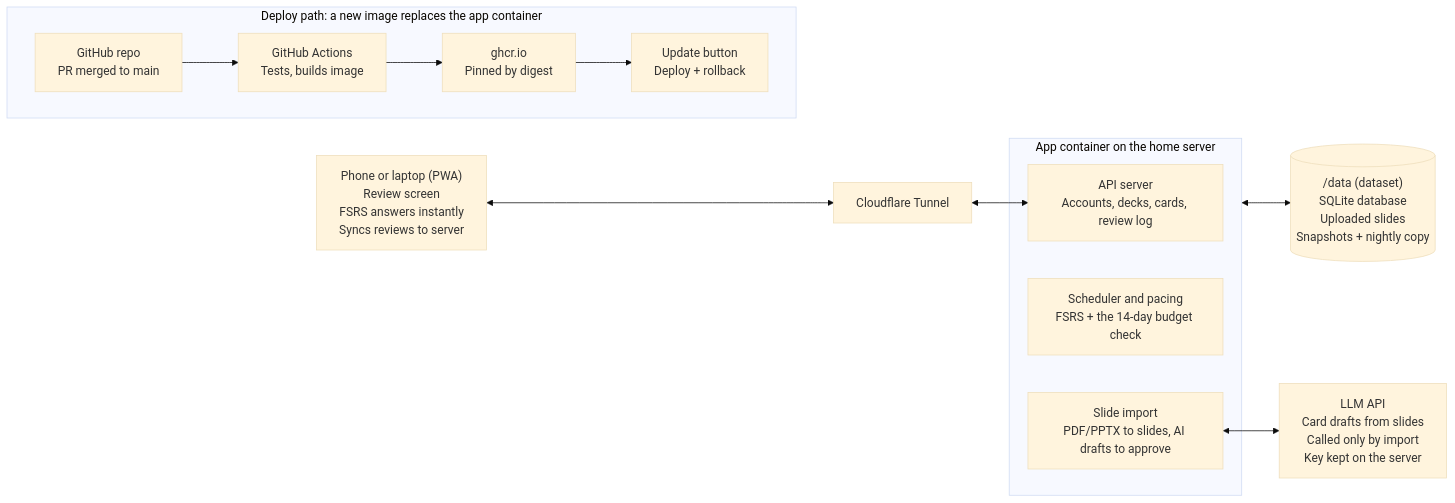
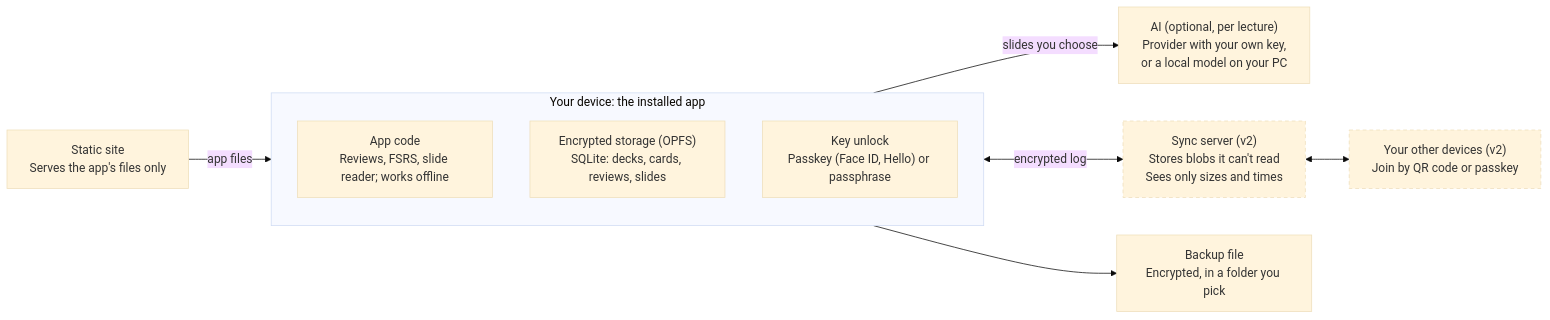
One commit to EassunKim/AW-Study changed the diagram in docs/DESIGN.md. Above: the diagram before and after it, drawn with Mermaid (base theme). The commit also changed other lines of this file, not shown here.

First line of the commit message:
Design: keep data on the device, encrypted, with E2E sync in v2

````diff
--- a/docs/DESIGN.md
+++ b/docs/DESIGN.md
@@ -85,19 +124,20 @@
 ```mermaid
 flowchart LR
-    browser["Phone or laptop (PWA)<br/>Review screen<br/>FSRS answers instantly<br/>Syncs reviews to server"]
-    tunnel["Cloudflare Tunnel"]
-    subgraph app["App container on the home server"]
-        api["API server<br/>Accounts, decks, cards, review log"]
-        sched["Scheduler and pacing<br/>FSRS + the 14-day budget check"]
-        import["Slide import<br/>PDF/PPTX to slides, AI drafts to approve"]
+    subgraph device["Your device: the installed app"]
+        app["App code<br/>Reviews, FSRS, slide reader; works offline"]
+        storage["Encrypted storage (OPFS)<br/>SQLite: decks, cards, reviews, slides"]
+        key["Key unlock<br/>Passkey (Face ID, Hello) or passphrase"]
     end
-    data[("/data (dataset)<br/>SQLite database<br/>Uploaded slides<br/>Snapshots + nightly copy")]
-    llm["LLM API<br/>Card drafts from slides<br/>Called only by import<br/>Key kept on the server"]
-    browser <--> tunnel <--> api
-    app <--> data
-    import <--> llm
-    subgraph deploy["Deploy path: a new image replaces the app container"]
-        direction LR
-        repo["GitHub repo<br/>PR merged to main"] --> actions["GitHub Actions<br/>Tests, builds image"] --> ghcr["ghcr.io<br/>Pinned by digest"] --> update["Update button<br/>Deploy + rollback"]
-    end
+    site["Static site<br/>Serves the app's files only"]
+    ai["AI (optional, per lecture)<br/>Provider with your own key,<br/>or a local model on your PC"]
+    sync["Sync server (v2)<br/>Stores blobs it can't read<br/>Sees only sizes and times"]
+    other["Your other devices (v2)<br/>Join by QR code or passkey"]
+    backup["Backup file<br/>Encrypted, in a folder you pick"]
+    site -->|"app files"| device
+    device -->|"slides you choose"| ai
+    device <-->|"encrypted log"| sync
+    sync <--> other
+    device --> backup
+    classDef v2 stroke-dasharray: 5 4
+    class sync,other v2
 ```
````
